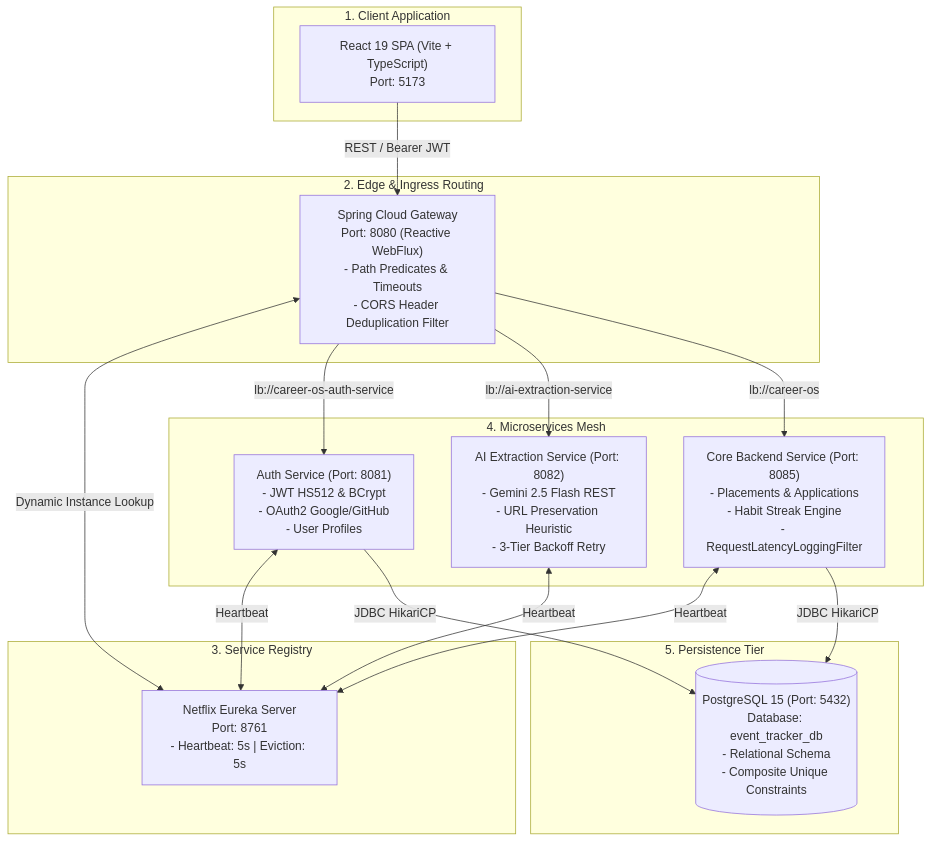
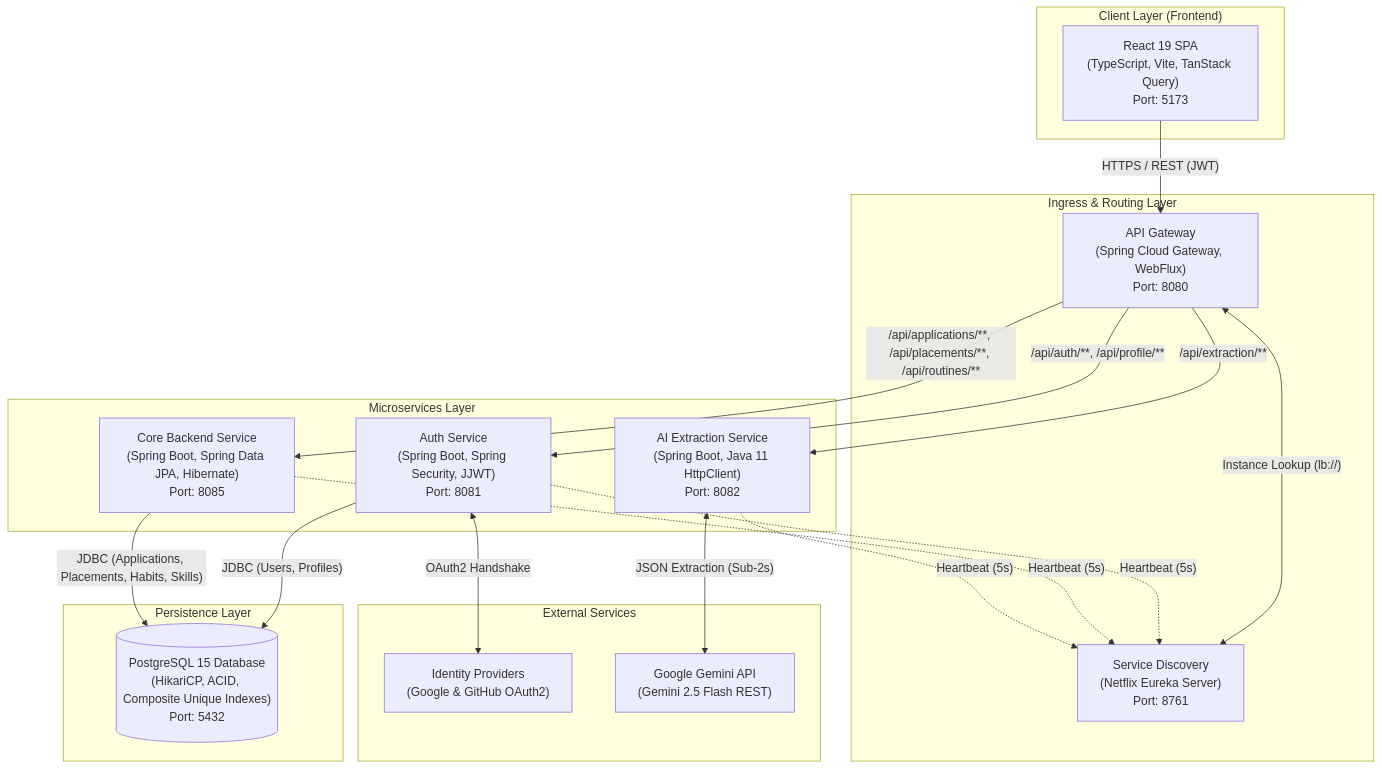
One commit to rohithgowda18/Notes changed the first of 4 diagrams in 09-Projects/Career OS.md. Above: the diagram before and after it, drawn with Mermaid. The commit also changed 5 other files, not shown here.

Commit message:
docs(projects): add Career OS microservices architecture diagram and consolidate project blueprints

````diff
--- a/09-Projects/Career OS.md
+++ b/09-Projects/Career OS.md
@@ -52,39 +52,52 @@
 ```mermaid
 flowchart TD
-    subgraph Client ["1. Client Application"]
-        React["React 19 SPA (Vite + TypeScript)<br>Port: 5173"]
+    subgraph ClientLayer ["Client Layer (Frontend)"]
+        Client["React 19 SPA<br/>(TypeScript, Vite, TanStack Query)<br/>Port: 5173"]
     end
 
-    subgraph Edge ["2. Edge & Ingress Routing"]
-        Gateway["Spring Cloud Gateway<br>Port: 8080 (Reactive WebFlux)<br>- Path Predicates & Timeouts<br>- CORS Header Deduplication Filter"]
+    subgraph IngressLayer ["Ingress & Routing Layer"]
+        Gateway["API Gateway<br/>(Spring Cloud Gateway, WebFlux)<br/>Port: 8080"]
+        
+        Eureka["Service Discovery<br/>(Netflix Eureka Server)<br/>Port: 8761"]
     end
 
-    subgraph Registry ["3. Service Registry"]
-        Eureka["Netflix Eureka Server<br>Port: 8761<br>- Heartbeat: 5s | Eviction: 5s"]
+    subgraph ServiceMesh ["Microservices Layer"]
+        Auth["Auth Service<br/>(Spring Boot, Spring Security, JJWT)<br/>Port: 8081"]
+
+        Backend["Core Backend Service<br/>(Spring Boot, Spring Data JPA, Hibernate)<br/>Port: 8085"]
+
+        AI["AI Extraction Service<br/>(Spring Boot, Java 11 HttpClient)<br/>Port: 8082"]
     end
 
-    subgraph Mesh ["4. Microservices Mesh"]
-        Auth["Auth Service (Port: 8081)<br>- JWT HS512 & BCrypt<br>- OAuth2 Google/GitHub<br>- User Profiles"]
-        
-        AI["AI Extraction Service (Port: 8082)<br>- Gemini 2.5 Flash REST<br>- URL Preservation Heuristic<br>- 3-Tier Backoff Retry"]
-        
-        Backend["Core Backend Service (Port: 8085)<br>- Placements & Applications<br>- Habit Streak Engine<br>- RequestLatencyLoggingFilter"]
+    subgraph StorageLayer ["Persistence Layer"]
+        DB[("PostgreSQL 15 Database<br/>(HikariCP, ACID, Composite Unique Indexes)<br/>Port: 5432")]
     end
 
-    subgraph Storage ["5. Persistence Tier"]
-        DB[("PostgreSQL 15 (Port: 5432)<br>Database: event_tracker_db<br>- Relational Schema<br>- Composite Unique Constraints")]
+    subgraph ExternalLayer ["External Services"]
+        OAuth["Identity Providers<br/>(Google & GitHub OAuth2)"]
+
+        Gemini["Google Gemini API<br/>(Gemini 2.5 Flash REST)"]
     end
 
-    React -->|REST / Bearer JWT| Gateway
-    Gateway <-->|Dynamic Instance Lookup| Eureka
-    Gateway -->|lb://career-os-auth-service| Auth
-    Gateway -->|lb://ai-extraction-service| AI
-    Gateway -->|lb://career-os| Backend
+    %% Client to Ingress
+    Client -->|"HTTPS / REST (JWT)"| Gateway
 
-    Auth <-->|Heartbeat| Eureka
-    AI <-->|Heartbeat| Eureka
-    Backend <-->|Heartbeat| Eureka
+    %% Discovery Lookups & Heartbeats
+    Gateway <-->|"Instance Lookup (lb://)"| Eureka
+    Auth -.->|"Heartbeat (5s)"| Eureka
+    Backend -.->|"Heartbeat (5s)"| Eureka
+    AI -.->|"Heartbeat (5s)"| Eureka
 
-    Auth -->|JDBC HikariCP| DB
-    Backend -->|JDBC HikariCP| DB
+    %% Gateway Routing
+    Gateway -->|"/api/auth/**, /api/profile/**"| Auth
+    Gateway -->|"/api/applications/**, /api/placements/**, /api/routines/**"| Backend
+    Gateway -->|"/api/extraction/**"| AI
+
+    %% Microservices to Persistence
+    Auth -->|"JDBC (Users, Profiles)"| DB
+    Backend -->|"JDBC (Applications, Placements, Habits, Skills)"| DB
+
+    %% Microservices to External
+    Auth <-->|"OAuth2 Handshake"| OAuth
+    AI <-->|"JSON Extraction (Sub-2s)"| Gemini
 ```
````
